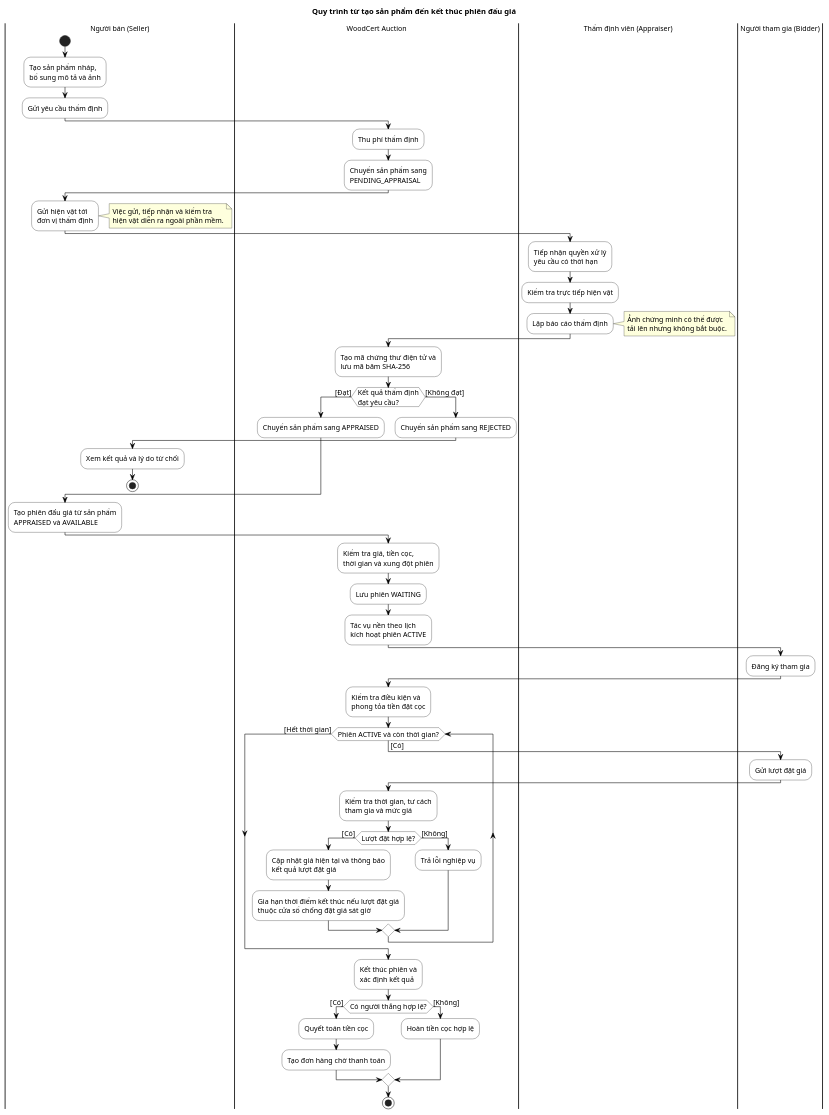
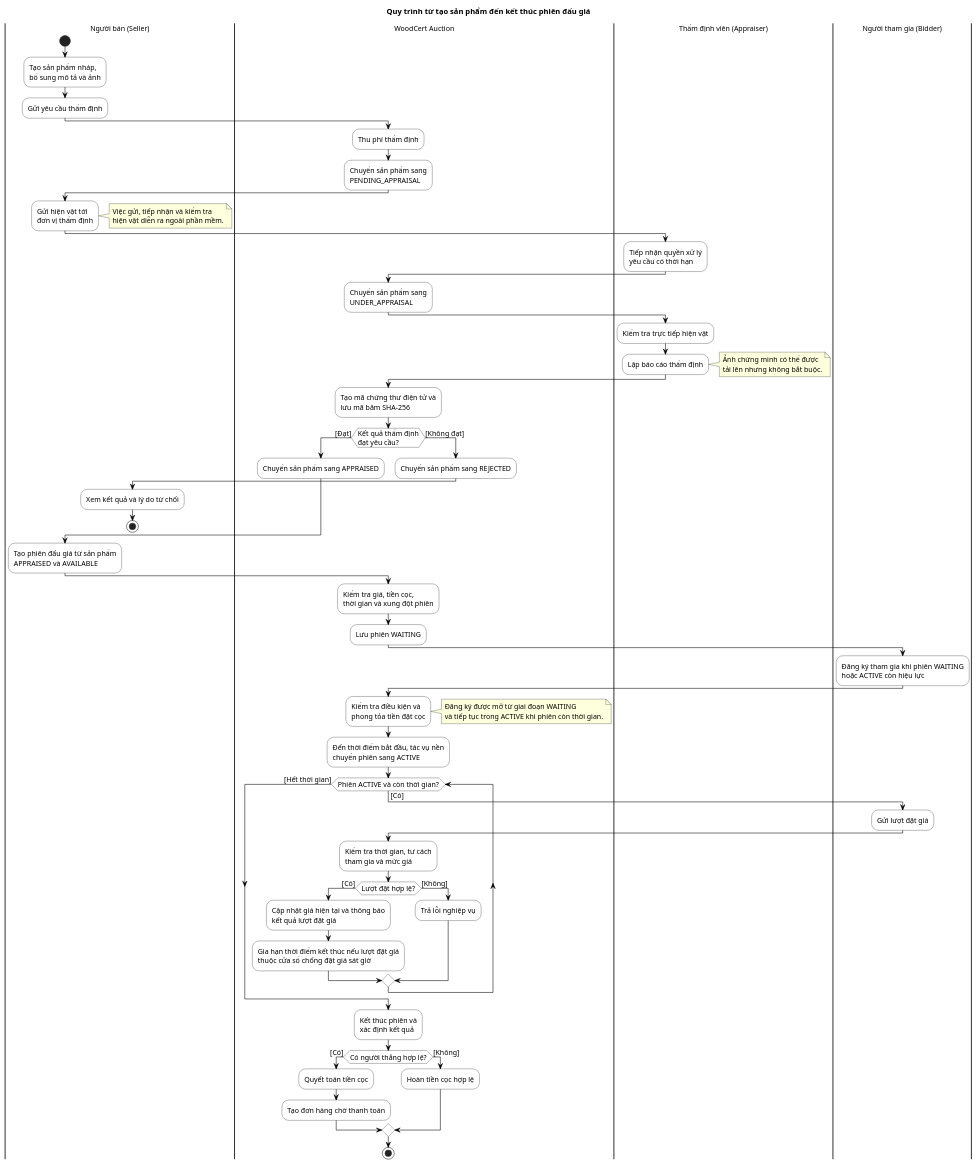
One commit to duynguyen312004/woodcert-auction changed the diagram in thesis/diagrams/plantuml/activity/auction-business-flow.puml. Above: the diagram before and after it, drawn with PlantUML. The commit also changed 19 other files, not shown here.

```diff
--- a/thesis/diagrams/plantuml/activity/auction-business-flow.puml
+++ b/thesis/diagrams/plantuml/activity/auction-business-flow.puml
@@ -1,94 +1,103 @@
 @startuml
 title Quy trình từ tạo sản phẩm đến kết thúc phiên đấu giá
 
 skinparam defaultFontName Arial
 skinparam defaultFontSize 13
 skinparam backgroundColor White
 skinparam shadowing false
 skinparam linetype ortho
 skinparam ArrowColor Black
 skinparam activity {
     BackgroundColor White
     BorderColor Black
     FontColor Black
     FontSize 13
 }
 skinparam swimlane {
     BorderColor Black
     TitleBackgroundColor White
     TitleFontColor Black
 }
 
 |Người bán (Seller)|
 start
 :Tạo sản phẩm nháp,\nbổ sung mô tả và ảnh;
 :Gửi yêu cầu thẩm định;
 
 |WoodCert Auction|
 :Thu phí thẩm định;
 :Chuyển sản phẩm sang\nPENDING_APPRAISAL;
 
 |Người bán (Seller)|
 :Gửi hiện vật tới\nđơn vị thẩm định;
 note right
   Việc gửi, tiếp nhận và kiểm tra
   hiện vật diễn ra ngoài phần mềm.
 end note
 
 |Thẩm định viên (Appraiser)|
 :Tiếp nhận quyền xử lý\nyêu cầu có thời hạn;
+
+|WoodCert Auction|
+:Chuyển sản phẩm sang\nUNDER_APPRAISAL;
+
+|Thẩm định viên (Appraiser)|
 :Kiểm tra trực tiếp hiện vật;
 :Lập báo cáo thẩm định;
 note right
   Ảnh chứng minh có thể được
   tải lên nhưng không bắt buộc.
 end note
 
 |WoodCert Auction|
 :Tạo mã chứng thư điện tử và\nlưu mã băm SHA-256;
 if (Kết quả thẩm định\nđạt yêu cầu?) then ([Đạt])
     :Chuyển sản phẩm sang APPRAISED;
 else ([Không đạt])
     :Chuyển sản phẩm sang REJECTED;
     |Người bán (Seller)|
     :Xem kết quả và lý do từ chối;
     stop
 endif
 
 |Người bán (Seller)|
 :Tạo phiên đấu giá từ sản phẩm\nAPPRAISED và AVAILABLE;
 
 |WoodCert Auction|
 :Kiểm tra giá, tiền cọc,\nthời gian và xung đột phiên;
 :Lưu phiên WAITING;
-:Tác vụ nền theo lịch\nkích hoạt phiên ACTIVE;
 
 |Người tham gia (Bidder)|
-:Đăng ký tham gia;
+:Đăng ký tham gia khi phiên WAITING\nhoặc ACTIVE còn hiệu lực;
 
 |WoodCert Auction|
 :Kiểm tra điều kiện và\nphong tỏa tiền đặt cọc;
+note right
+  Đăng ký được mở từ giai đoạn WAITING
+  và tiếp tục trong ACTIVE khi phiên còn thời gian.
+end note
+:Đến thời điểm bắt đầu, tác vụ nền\nchuyển phiên sang ACTIVE;
 
 while (Phiên ACTIVE và còn thời gian?) is ([Có])
     |Người tham gia (Bidder)|
     :Gửi lượt đặt giá;
     |WoodCert Auction|
     :Kiểm tra thời gian, tư cách\ntham gia và mức giá;
     if (Lượt đặt hợp lệ?) then ([Có])
         :Cập nhật giá hiện tại và thông báo\nkết quả lượt đặt giá;
         :Gia hạn thời điểm kết thúc nếu lượt đặt giá\nthuộc cửa sổ chống đặt giá sát giờ;
     else ([Không])
         :Trả lỗi nghiệp vụ;
     endif
 endwhile ([Hết thời gian])
 
 |WoodCert Auction|
 :Kết thúc phiên và\nxác định kết quả;
 if (Có người thắng hợp lệ?) then ([Có])
     :Quyết toán tiền cọc;
     :Tạo đơn hàng chờ thanh toán;
 else ([Không])
     :Hoàn tiền cọc hợp lệ;
 endif
 stop
 @enduml
```
